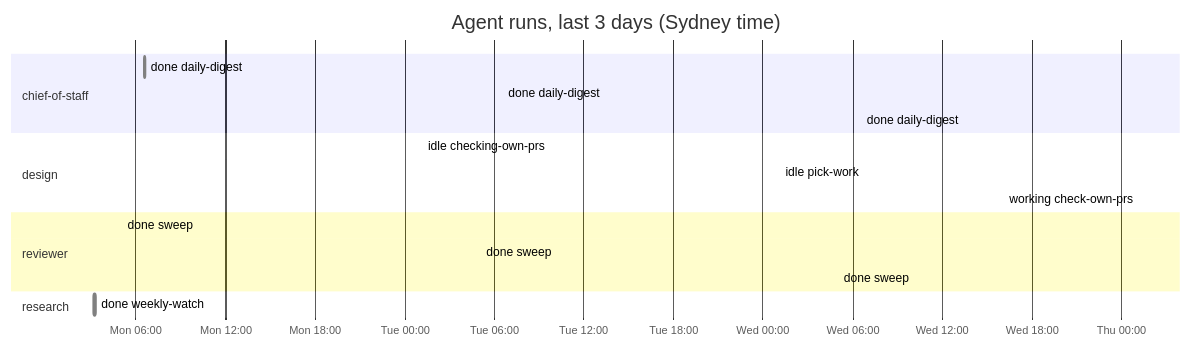
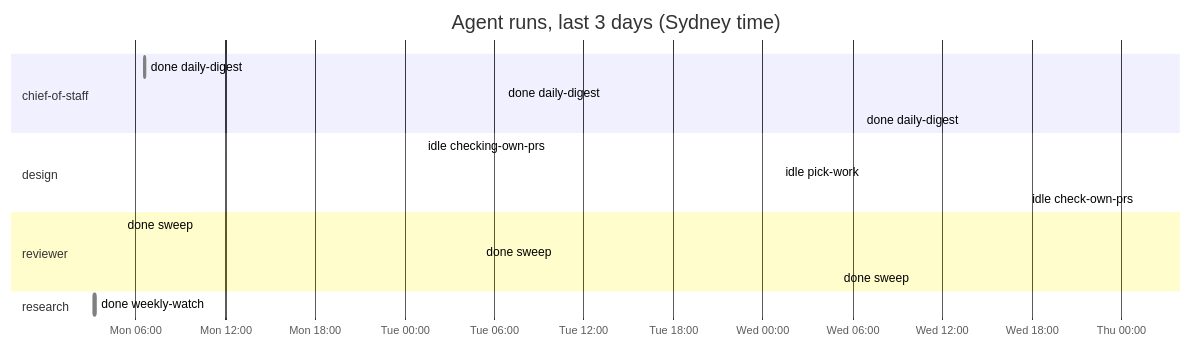
One commit to roulmediateam-byte/fifteen-expert-hq changed the diagram in dashboard.md. Above: the diagram before and after it, drawn with Mermaid. The commit also changed other lines of this file and 1 other file, not shown here.

Commit message:
Mission control 2026-11-18T14:12Z

````diff
--- a/dashboard.md
+++ b/dashboard.md
@@ -45,20 +45,20 @@
 ```mermaid
 gantt
     title Agent runs, last 3 days (Sydney time)
     dateFormat YYYY-MM-DD HH:mm
     axisFormat %a %H:%M
     section chief-of-staff
     done daily-digest :done, 2026-11-16 06:35, 2026-11-16 06:36
     done daily-digest :done, 2026-11-17 06:35, 2026-11-17 06:36
     done daily-digest :done, 2026-11-18 06:35, 2026-11-18 06:36
     section design
     idle checking-own-prs :done, 2026-11-17 01:12, 2026-11-17 01:12
     idle pick-work :done, 2026-11-18 01:11, 2026-11-18 01:11
-    working check-own-prs :active, 2026-11-19 01:10, 2026-11-19 01:11
+    idle check-own-prs :done, 2026-11-19 01:10, 2026-11-19 01:11
     section reviewer
     done sweep :done, 2026-11-16 05:05, 2026-11-16 05:06
     done sweep :done, 2026-11-17 05:05, 2026-11-17 05:05
     done sweep :done, 2026-11-18 05:04, 2026-11-18 05:05
     section research
     done weekly-watch :done, 2026-11-16 03:10, 2026-11-16 03:17
 ```
````
